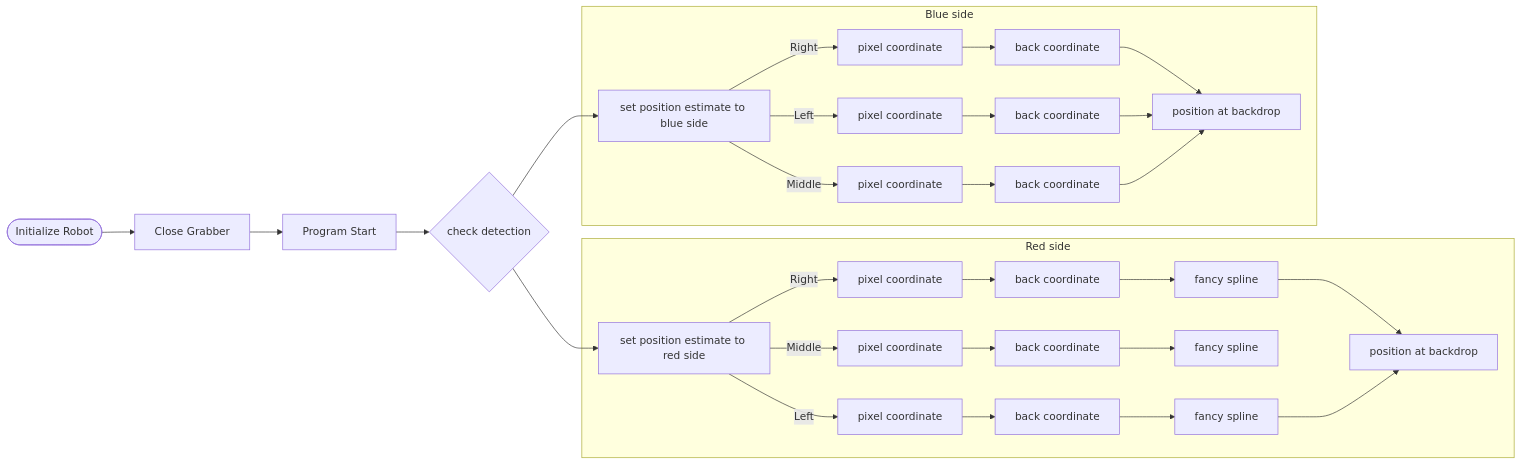
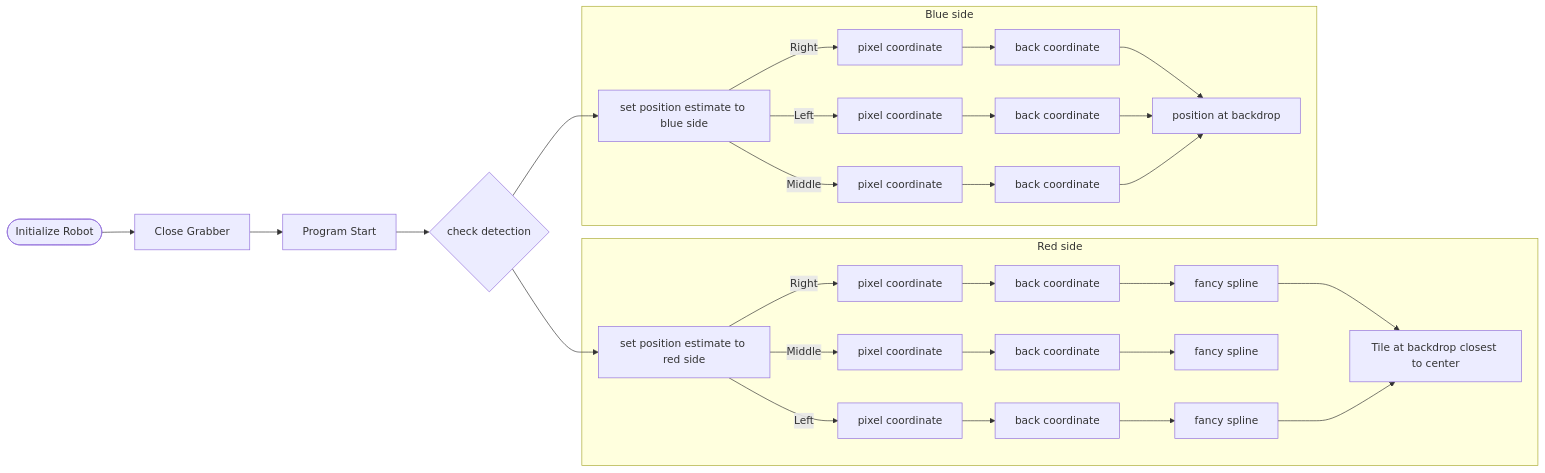
Before and after one commit to MammothMCII/MammothMCIICenterStage18203: the first of 2 diagrams in README.md, drawn with Mermaid. The commit also changed other lines of this file, not shown here.

````diff
--- a/README.md
+++ b/README.md
@@ -20,44 +39,44 @@
 ```mermaid
 graph LR
 Initialize([Initialize Robot]) --> a[Close Grabber]
 a --> b[Program Start]
 b --> c{check detection}
 
 c --> d[set position estimate to red side]
 c --> e[set position estimate to blue side]
 
 subgraph Red side
 d -- Left --> RL
 d -- Middle --> RM
 d -- Right -->RR
 
 RL[pixel coordinate] --> rl2[back coordinate]
 rl2 --> rl3[fancy spline]
 
 RM[pixel coordinate] --> rm2[back coordinate]
 rm2 --> rm3[fancy spline]
 
 RR[pixel coordinate] --> rr2[back coordinate]
 rr2 --> rr3[fancy spline]
 
-rr3 & rl3 --> f[position at backdrop]
+rr3 & rl3 --> f[Tile at backdrop closest to center]
 end
 
 
 
 subgraph Blue side
 
 e -- Left --> BL
 e -- Middle --> BM
 e -- Right --> BR
 
 BL[pixel coordinate] --> bl3[back coordinate]
 
 BM[pixel coordinate] --> bm3[back coordinate]
 
 BR[pixel coordinate] --> br3[back coordinate]
 
 br3 & bl3 & bm3 --> fb[position at backdrop]
 end
 
 ```
````
